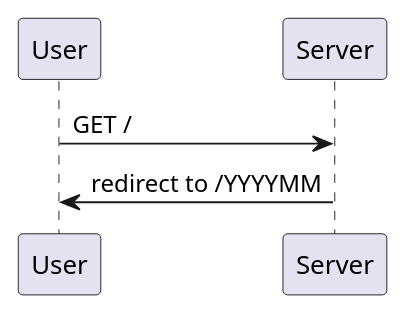
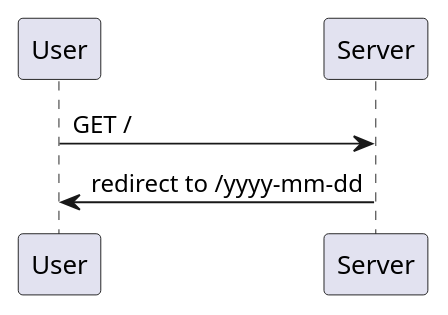
The first of 2 diagrams in api.puml (alterfo/wordly-next), drawn with PlantUML before and after one commit. The commit also changed other lines of this file and 17 other files, not shown here.

```diff
--- a/api.puml
+++ b/api.puml
@@ -1,7 +1,7 @@
 @startuml
 'https://plantuml.com/sequence-diagram
 
 User -> Server: GET /
-Server -> User: redirect to /YYYYMM
+Server -> User: redirect to /yyyy-mm-dd
 
 @enduml
```
